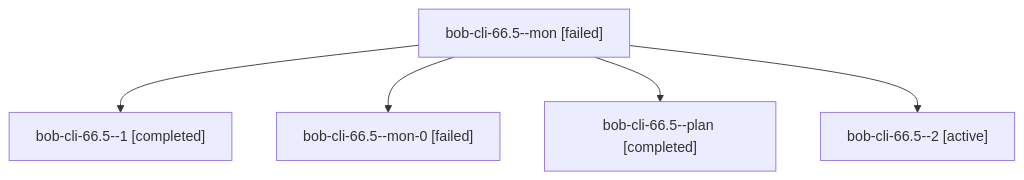
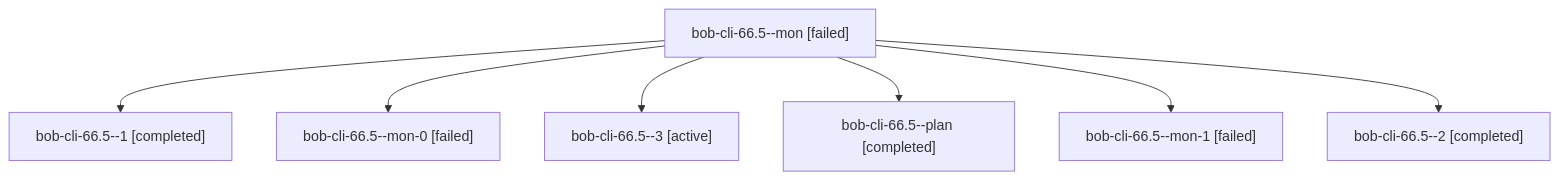
One commit to bobs-org/bob-cli--agents changed the diagram in sessions/bbugyi200.athena.bob-cli-66.5.md. Above: the diagram before and after it, drawn with Mermaid. The commit also changed other lines of this file and 37 other files, not shown here.

````diff
--- a/sessions/bbugyi200.athena.bob-cli-66.5.md
+++ b/sessions/bbugyi200.athena.bob-cli-66.5.md
@@ -9,12 +9,16 @@
 ```mermaid
 flowchart TD
   n0["bob-cli-66.5--mon [failed]"]
   n1["bob-cli-66.5--1 [completed]"]
   n0 --> n1
   n2["bob-cli-66.5--mon-0 [failed]"]
   n0 --> n2
-  n3["bob-cli-66.5--plan [completed]"]
+  n3["bob-cli-66.5--3 [active]"]
   n0 --> n3
-  n4["bob-cli-66.5--2 [active]"]
+  n4["bob-cli-66.5--plan [completed]"]
   n0 --> n4
+  n5["bob-cli-66.5--mon-1 [failed]"]
+  n0 --> n5
+  n6["bob-cli-66.5--2 [completed]"]
+  n0 --> n6
 ```
````
